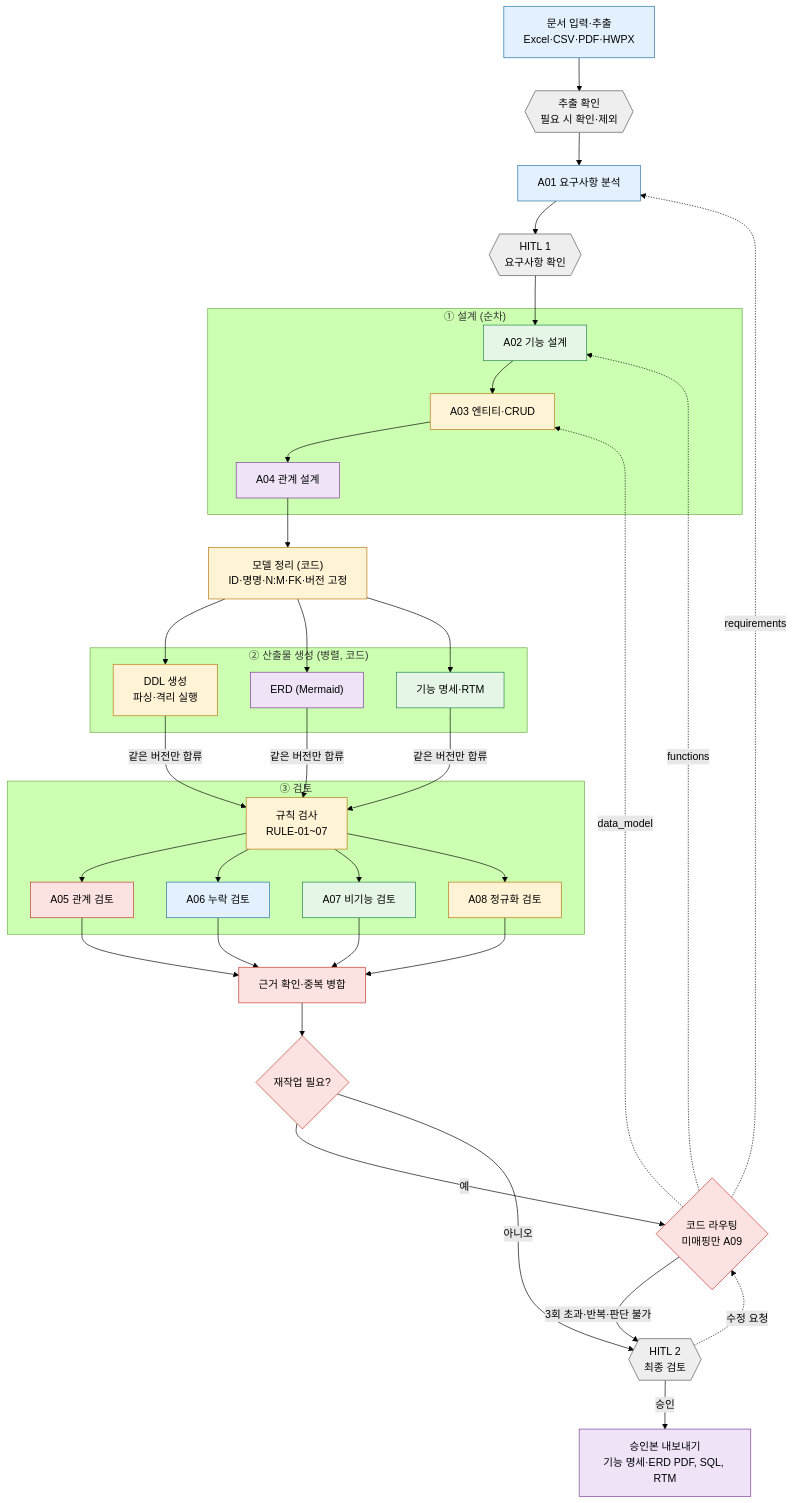
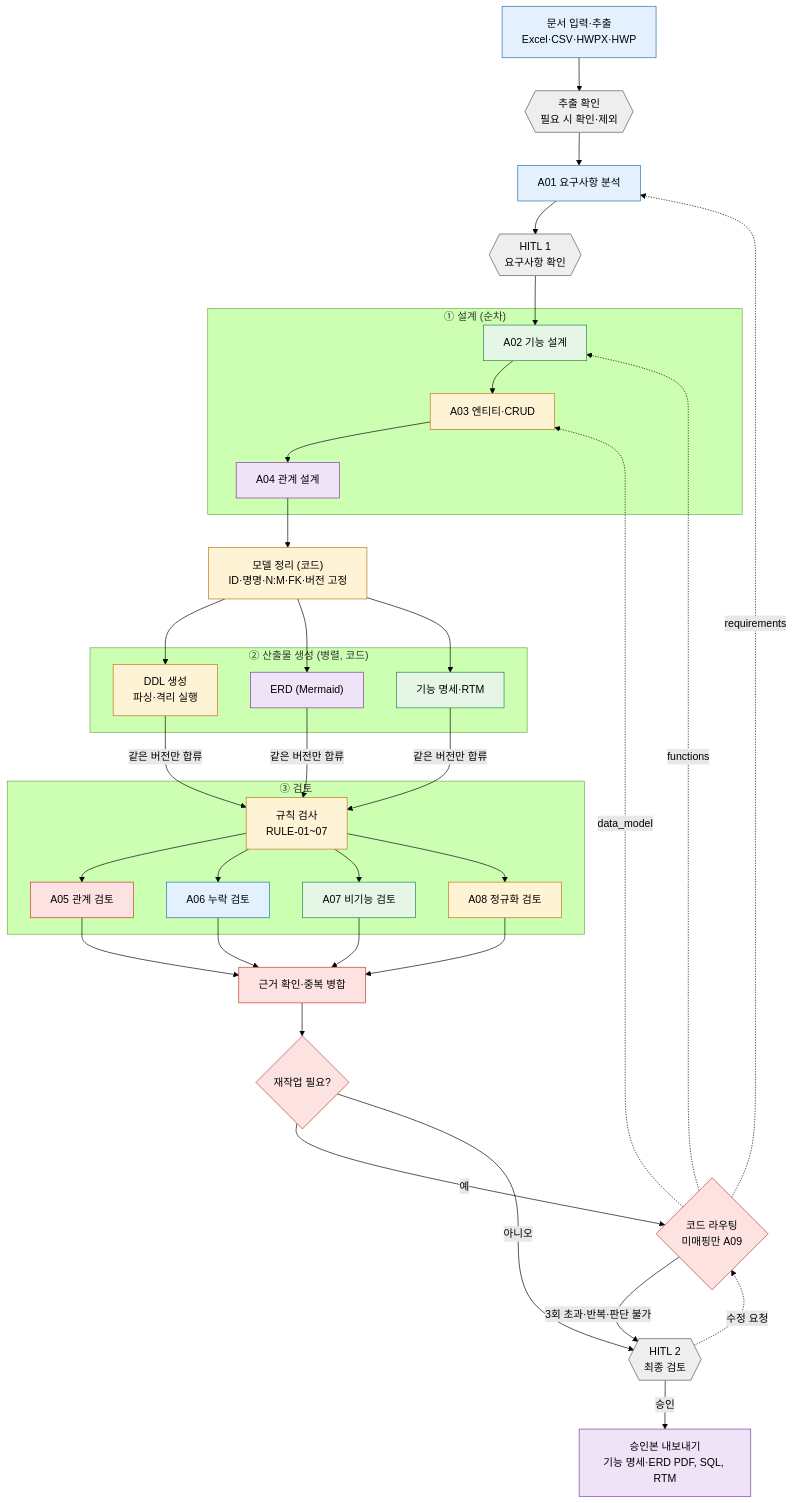
The second of 3 diagrams in docs/03-architecture.md (surplus96/specton), drawn with Mermaid (forest theme) before and after one commit. The commit also changed other lines of this file and 8 other files, not shown here.

````diff
--- a/docs/03-architecture.md
+++ b/docs/03-architecture.md
@@ -28,47 +28,47 @@
 ```mermaid
 flowchart TD
-    IN["문서 입력·추출<br/>Excel·CSV·PDF·HWPX"]:::r2 --> CHK{{"추출 확인<br/>필요 시 확인·제외"}}:::human
+    IN["문서 입력·추출<br/>Excel·CSV·HWPX·HWP"]:::r2 --> CHK{{"추출 확인<br/>필요 시 확인·제외"}}:::human
     CHK --> A01["A01 요구사항 분석"]:::r2
     A01 --> H1{{"HITL 1<br/>요구사항 확인"}}:::human
 
     subgraph DESIGN["① 설계 (순차)"]
         A02["A02 기능 설계"]:::r3 --> A03["A03 엔티티·CRUD"]:::r4 --> A04["A04 관계 설계"]:::r5
     end
     H1 --> A02
     A04 --> NORM["모델 정리 (코드)<br/>ID·명명·N:M·FK·버전 고정"]:::r4
 
     subgraph GEN["② 산출물 생성 (병렬, 코드)"]
         DDL["DDL 생성<br/>파싱·격리 실행"]:::r4
         ERD["ERD (Mermaid)"]:::r5
         RTM["기능 명세·RTM"]:::r3
     end
     NORM --> DDL & ERD & RTM
 
     subgraph REVIEW["③ 검토"]
         RULE["규칙 검사<br/>RULE-01~07"]:::r4
         A05["A05 관계 검토"]:::r1
         A06["A06 누락 검토"]:::r2
         A07["A07 비기능 검토"]:::r3
         A08["A08 정규화 검토"]:::r4
         RULE --> A05 & A06 & A07 & A08
     end
     DDL & ERD & RTM -->|같은 버전만 합류| RULE
 
     A05 & A06 & A07 & A08 --> MERGE["근거 확인·중복 병합"]:::r1
     MERGE --> Q{"재작업 필요?"}:::r1
     Q -->|예| ROUTE{"코드 라우팅<br/>미매핑만 A09"}:::r1
     ROUTE -.->|requirements| A01
     ROUTE -.->|functions| A02
     ROUTE -.->|data_model| A03
     Q -->|아니오| H2{{"HITL 2<br/>최종 검토"}}:::human
     ROUTE -->|3회 초과·반복·판단 불가| H2
     H2 -.->|수정 요청| ROUTE
     H2 -->|승인| OUT["승인본 내보내기<br/>기능 명세·ERD PDF, SQL, RTM"]:::r5
 
     classDef r1 fill:#fde2e2,stroke:#c0392b,color:#000
     classDef r2 fill:#e3f0fd,stroke:#2471a3,color:#000
     classDef r3 fill:#e6f6e6,stroke:#1e8449,color:#000
     classDef r4 fill:#fff3d6,stroke:#b9770e,color:#000
     classDef r5 fill:#efe3f8,stroke:#7d3c98,color:#000
     classDef human fill:#eeeeee,stroke:#555,color:#000
 ```
````
